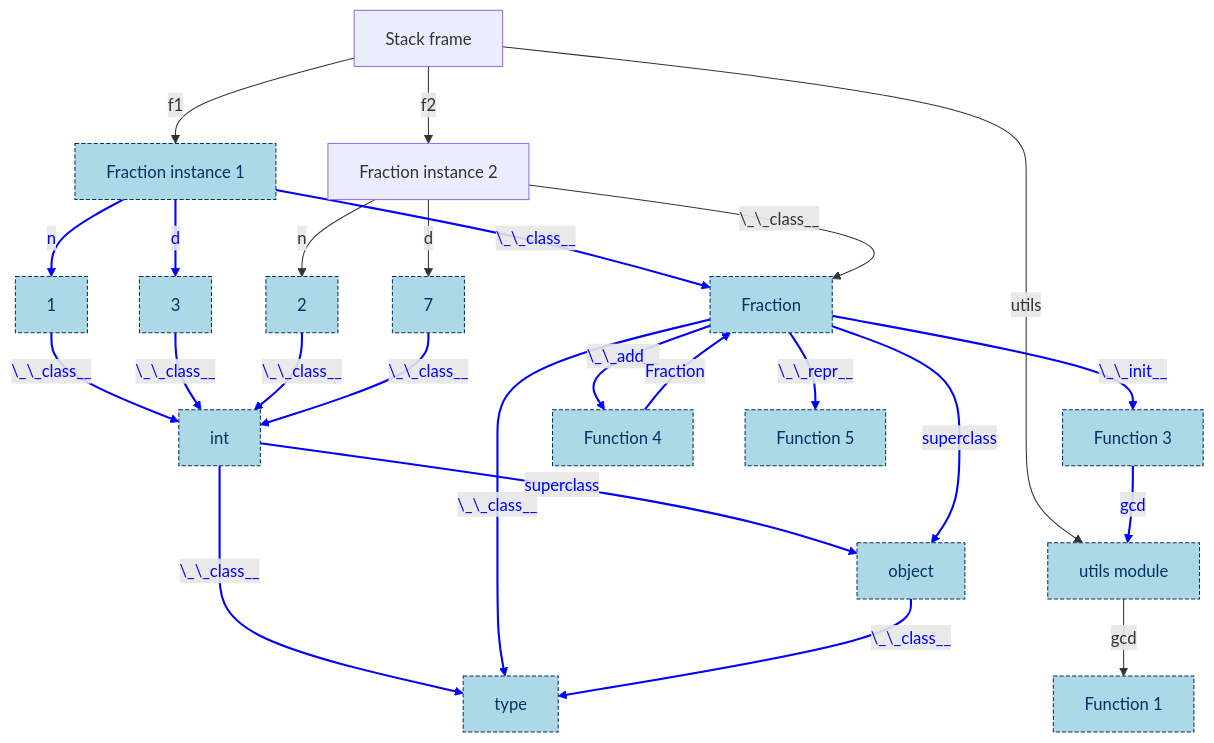
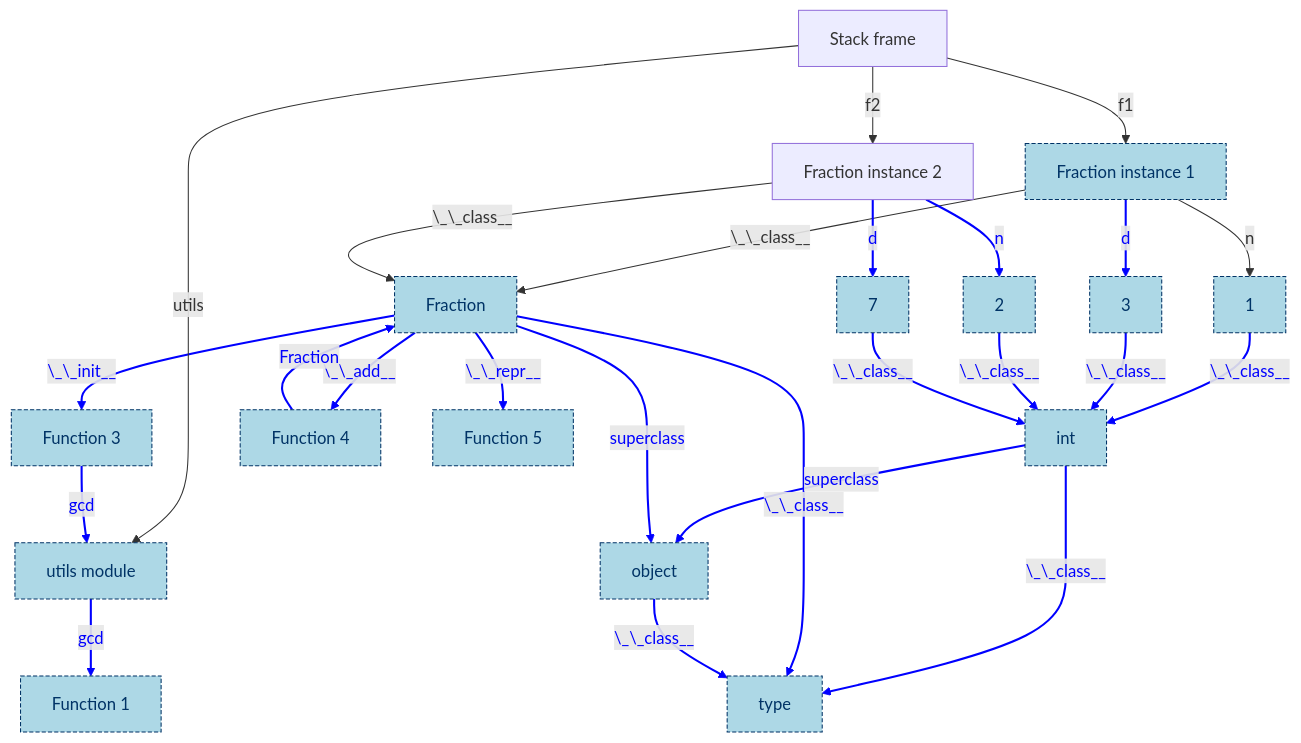
Before and after one commit to TobiasWrigstad/peps: the diagram in peps/pep-0795/diagram_9.mmd, drawn with Mermaid. The commit also changed 3 other files, not shown here.

```diff
--- a/peps/pep-0795/diagram_9.mmd
+++ b/peps/pep-0795/diagram_9.mmd
@@ -1,58 +1,59 @@
 flowchart TD
     A["Stack frame"] -- f1 --> B["Fraction instance 1"]
+    A -- f2 --> D["Fraction instance 2"]
+    B -- \_\_class__ --> E["Fraction"]
     B -- n --> 1["1"]
     B -- d --> 3["3"]
-    A -- f2 --> D["Fraction instance 2"]
     D -- n --> 2["2"]
     D -- d --> 7["7"]
-    B -- \_\_class__ --> E["Fraction"]
     D -- \_\_class__ --> E
     1 -- \_\_class__ --> int["int"]
     3 -- \_\_class__ --> int
     2 -- \_\_class__ --> int
     7 -- \_\_class__ --> int
     int -- \_\_class__ --> type["type"]
     E -- \_\_init__ --> AA["Function 3"]
     E -- \_\_add__ --> BB["Function 4"]
     E -- \_\_repr__ --> CC["Function 5"]
     E -- \_\_class__ --> type
     A -- utils --> DD["utils module"]
     AA -- gcd --> DD
     BB -- Fraction --> E
     int -- superclass --> O["object"]
     E -- superclass --> O
     O -- \_\_class__ --> type
     DD -- gcd --> XX["Function 1"]
 
      B:::imm
      1:::imm
      3:::imm
      2:::imm
      7:::imm
      E:::imm
      int:::imm
      type:::imm
      AA:::imm
      BB:::imm
      CC:::imm
      DD:::imm
      O:::imm
      XX:::imm
     classDef imm fill:#ADD8E6,stroke:#003366,stroke-width:1px,stroke-dasharray: 4 2,color:#003366
-    linkStyle 1 stroke:#00f,stroke-width:2px,color:blue,fill:none
-    linkStyle 2 stroke:#00f,stroke-width:2px,color:blue,fill:none
+    linkStyle 4 stroke:#00f,stroke-width:2px,color:blue,fill:none
+    linkStyle 5 stroke:#00f,stroke-width:2px,color:blue,fill:none
     linkStyle 6 stroke:#00f,stroke-width:2px,color:blue,fill:none
     linkStyle 8 stroke:#00f,stroke-width:2px,color:blue,fill:none
     linkStyle 9 stroke:#00f,stroke-width:2px,color:blue,fill:none
     linkStyle 10 stroke:#00f,stroke-width:2px,color:blue,fill:none
     linkStyle 11 stroke:#00f,stroke-width:2px,color:blue,fill:none
     linkStyle 12 stroke:#00f,stroke-width:2px,color:blue,fill:none
     linkStyle 13 stroke:#00f,stroke-width:2px,color:blue,fill:none
     linkStyle 14 stroke:#00f,stroke-width:2px,color:blue,fill:none
     linkStyle 15 stroke:#00f,stroke-width:2px,color:blue,fill:none
     linkStyle 16 stroke:#00f,stroke-width:2px,color:blue,fill:none
     linkStyle 18 stroke:#00f,stroke-width:2px,color:blue,fill:none
     linkStyle 19 stroke:#00f,stroke-width:2px,color:blue,fill:none
     linkStyle 20 stroke:#00f,stroke-width:2px,color:blue,fill:none
     linkStyle 21 stroke:#00f,stroke-width:2px,color:blue,fill:none
     linkStyle 22 stroke:#00f,stroke-width:2px,color:blue,fill:none
+    linkStyle 23 stroke:#00f,stroke-width:2px,color:blue,fill:none
```
